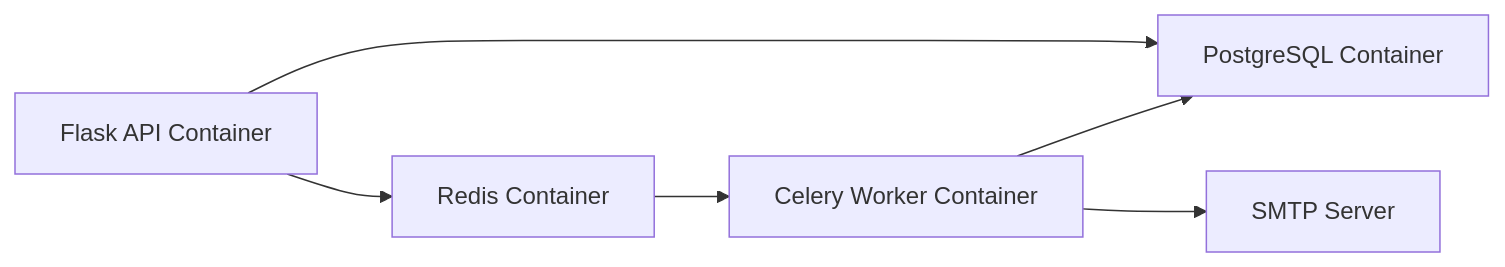
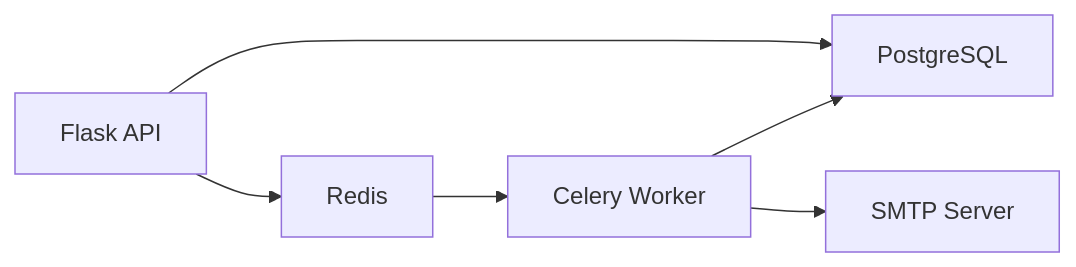
Before and after one commit to Nadoutti/insperCodeNaPratica: the second of 2 diagrams in README.md, drawn with Mermaid. The commit also changed other lines of this file and 23 other files, not shown here.

````diff
--- a/README.md
+++ b/README.md
@@ -62,8 +54,8 @@
 ```mermaid
 graph LR
-    A[Flask API Container] --> B[PostgreSQL Container]
-    A --> C[Redis Container]
-    C --> D[Celery Worker Container]
+    A[Flask API] --> B[PostgreSQL]
+    A --> C[Redis]
+    C --> D[Celery Worker]
     D --> B
     D --> E[SMTP Server]
 ```
````
